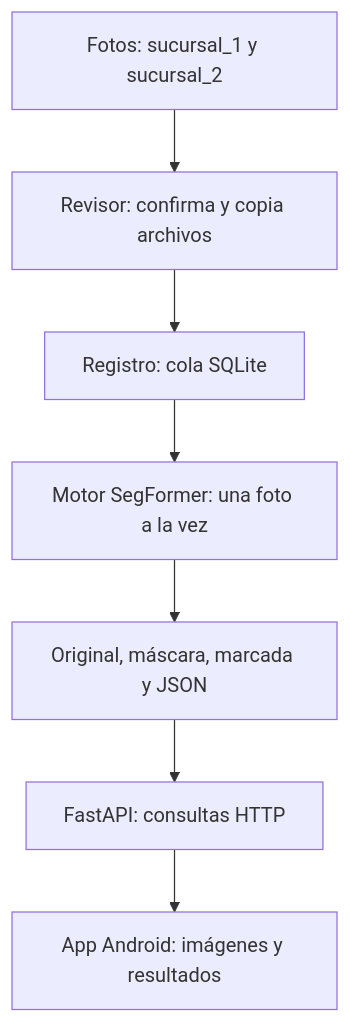
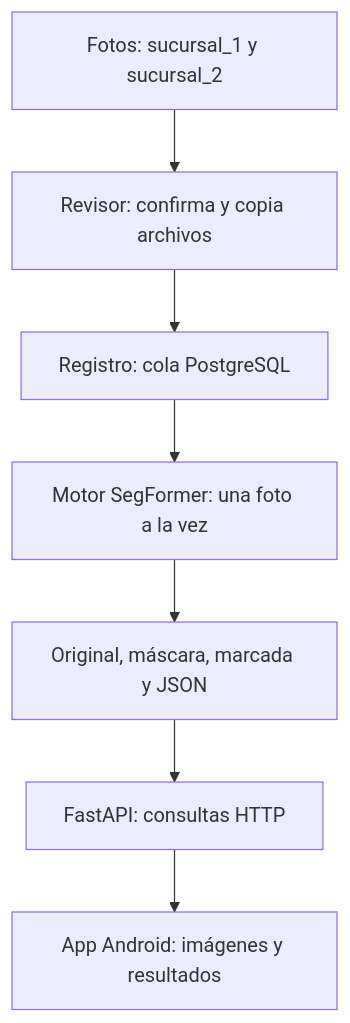
The diagram in StockEye_backend_local/README.md (portfafolioJesus/bakend_StockEye), drawn with Mermaid before and after one commit. The commit also changed other lines of this file and 20 other files, not shown here.

````diff
--- a/StockEye_backend_local/README.md
+++ b/StockEye_backend_local/README.md
@@ -9,9 +9,9 @@
 ```mermaid
 flowchart TD
     Fotos["Fotos: sucursal_1 y sucursal_2"] --> Revisor["Revisor: confirma y copia archivos"]
-    Revisor --> Cola["Registro: cola SQLite"]
+    Revisor --> Cola["Registro: cola PostgreSQL"]
     Cola --> Motor["Motor SegFormer: una foto a la vez"]
     Motor --> Archivos["Original, máscara, marcada y JSON"]
     Archivos --> API["FastAPI: consultas HTTP"]
     API --> Android["App Android: imágenes y resultados"]
 ```
````
